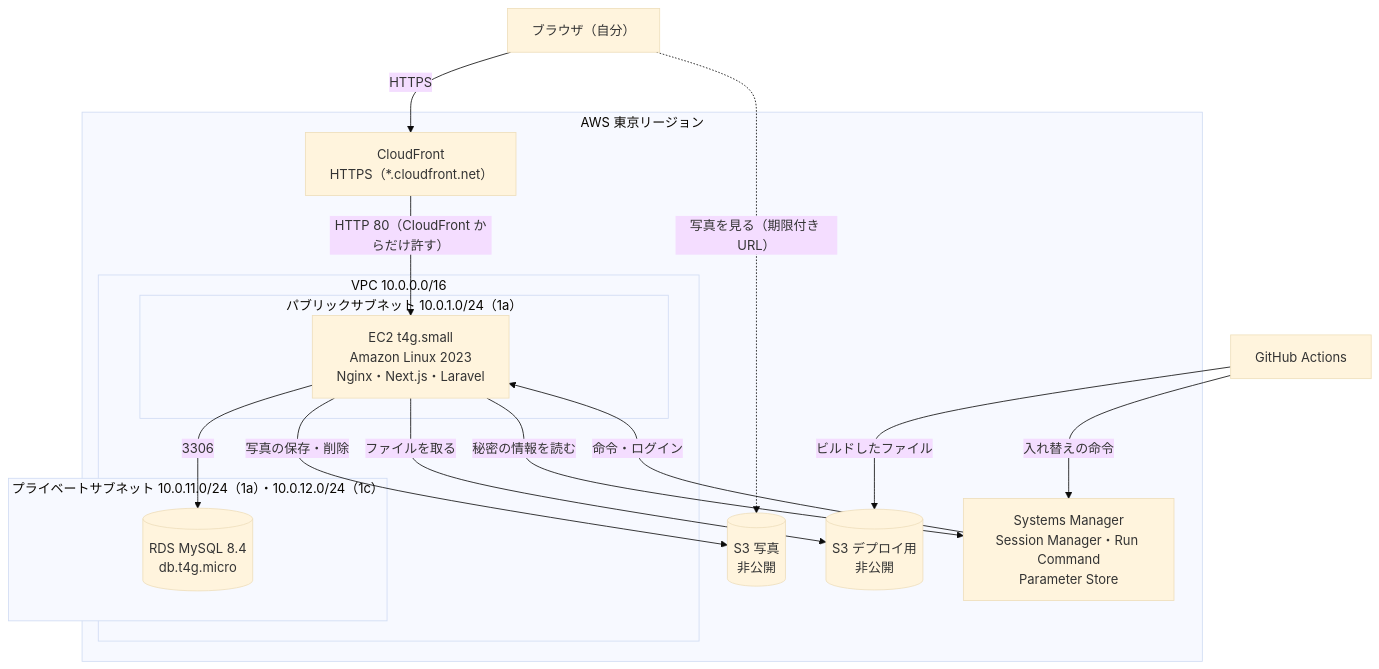
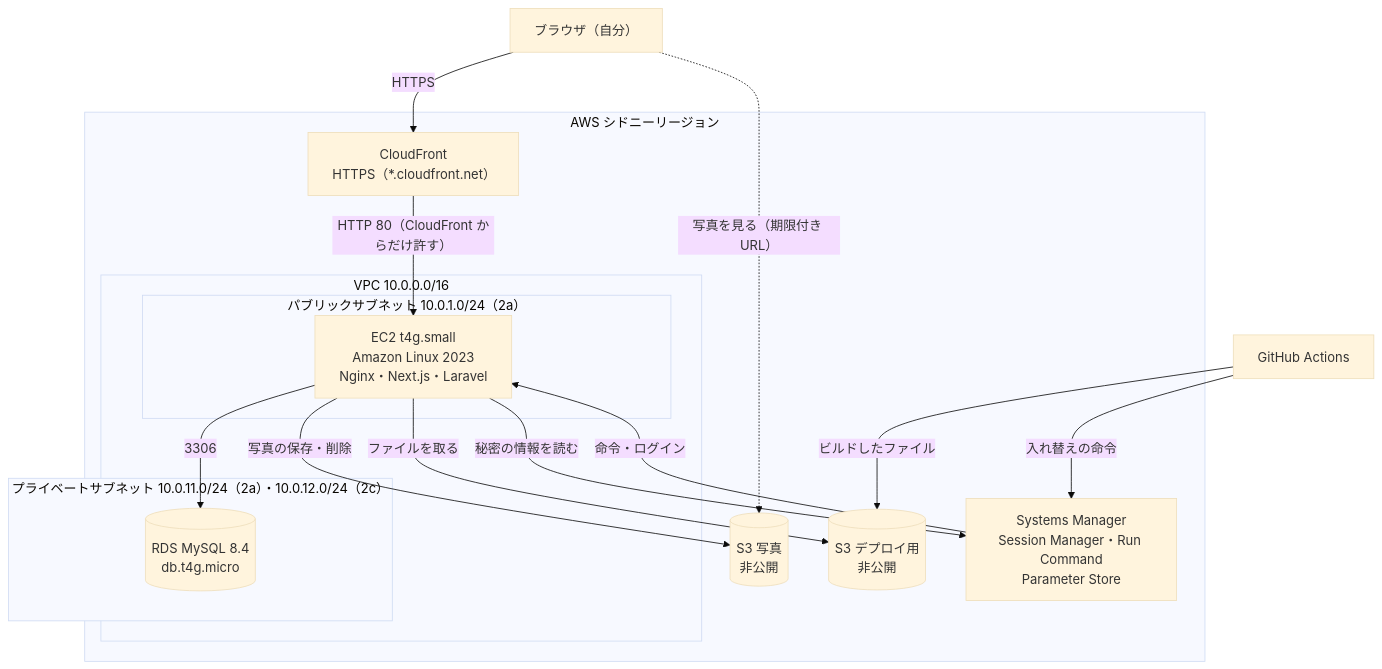
One commit to keiwebcreate/raise-tech-beginner-edition-final-assignment changed the first of 2 diagrams in docs/aws-design.md. Above: the diagram before and after it, drawn with Mermaid (base theme). The commit also changed other lines of this file and 10 other files, not shown here.

````diff
--- a/docs/aws-design.md
+++ b/docs/aws-design.md
@@ -29,31 +29,31 @@
 ```mermaid
 flowchart TB
   user["ブラウザ（自分）"]
   gh["GitHub Actions"]
 
-  subgraph aws["AWS 東京リージョン"]
+  subgraph aws["AWS シドニーリージョン"]
     cf["CloudFront<br>HTTPS（*.cloudfront.net）"]
     subgraph vpc["VPC 10.0.0.0/16"]
-      subgraph pub["パブリックサブネット 10.0.1.0/24（1a）"]
+      subgraph pub["パブリックサブネット 10.0.1.0/24（2a）"]
         ec2["EC2 t4g.small<br>Amazon Linux 2023<br>Nginx・Next.js・Laravel"]
       end
-      subgraph pri["プライベートサブネット 10.0.11.0/24（1a）・10.0.12.0/24（1c）"]
+      subgraph pri["プライベートサブネット 10.0.11.0/24（2a）・10.0.12.0/24（2c）"]
         rds[("RDS MySQL 8.4<br>db.t4g.micro")]
       end
     end
     s3p[("S3 写真<br>非公開")]
     s3d[("S3 デプロイ用<br>非公開")]
     ssm["Systems Manager<br>Session Manager・Run Command<br>Parameter Store"]
   end
 
   user -- "HTTPS" --> cf
   cf -- "HTTP 80（CloudFront からだけ許す）" --> ec2
   ec2 -- "3306" --> rds
   ec2 -- "写真の保存・削除" --> s3p
   user -. "写真を見る（期限付き URL）" .-> s3p
   gh -- "ビルドしたファイル" --> s3d
   gh -- "入れ替えの命令" --> ssm
   ssm -- "命令・ログイン" --> ec2
   ec2 -- "ファイルを取る" --> s3d
   ec2 -- "秘密の情報を読む" --> ssm
 ```
````
